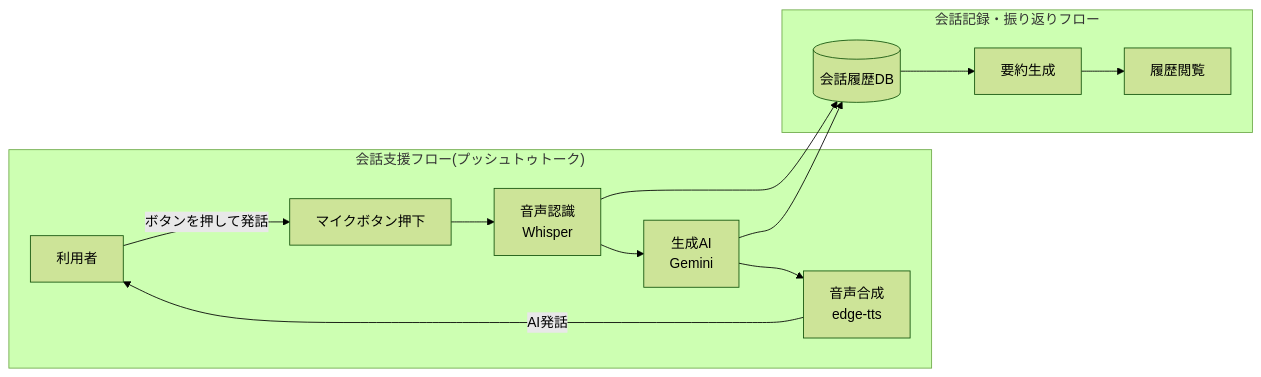
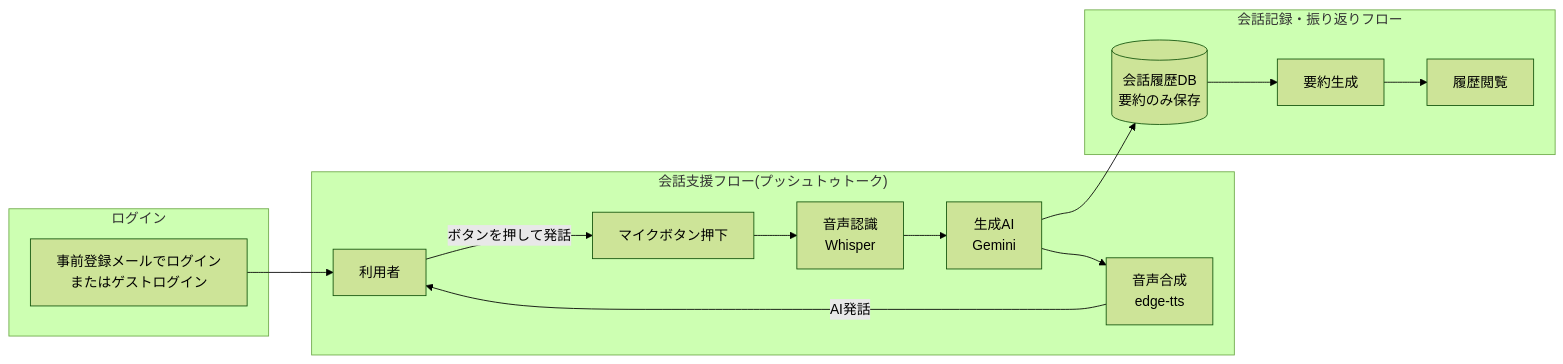
Before and after one commit to KaichoHarry/talk-seed: the diagram in docs/要件定義.md, drawn with Mermaid (forest theme). The commit also changed other lines of this file and 4 other files, not shown here.

````diff
--- a/docs/要件定義.md
+++ b/docs/要件定義.md
@@ -70,29 +70,33 @@
 ```mermaid
 flowchart LR
+
+    subgraph Auth["ログイン"]
+        LOGIN[事前登録メールでログイン<br>またはゲストログイン]
+    end
 
     subgraph Conversation["会話支援フロー(プッシュトゥトーク)"]
         U[利用者]
         BTN[マイクボタン押下]
         STT[音声認識<br>Whisper]
         AI[生成AI<br>Gemini]
         TTS[音声合成<br>edge-tts]
 
         U -->|ボタンを押して発話| BTN
         BTN --> STT
         STT --> AI
         AI --> TTS
         TTS -->|AI発話| U
     end
 
     subgraph History["会話記録・振り返りフロー"]
-        DB[(会話履歴DB)]
+        DB[(会話履歴DB<br>要約のみ保存)]
         SUM[要約生成]
         VIEW[履歴閲覧]
 
         DB --> SUM
         SUM --> VIEW
     end
 
-    STT --> DB
+    LOGIN --> U
     AI --> DB
 ```
````
